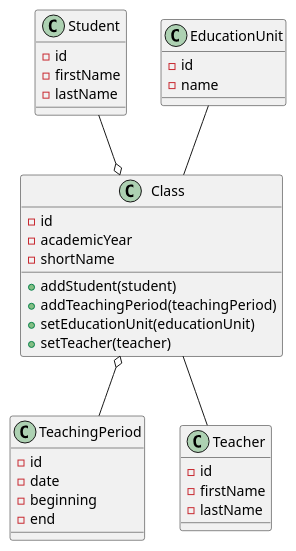
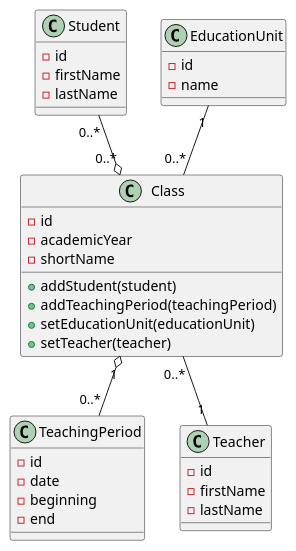
The diagram in uml_diagrams.puml (hassan-vn/MonProjetDemo), drawn with PlantUML before and after one commit.

Commit message:
Add cardinalities on UML class diagram.

```diff
--- a/uml_diagrams.puml
+++ b/uml_diagrams.puml
@@ -1,41 +1,41 @@
 @startuml class_diagram
 class Student {
     -id
     -firstName
     -lastName
 }
 
 class Class {
     -id
     -academicYear
     -shortName
     +addStudent(student)
     +addTeachingPeriod(teachingPeriod)
     +setEducationUnit(educationUnit)
     +setTeacher(teacher)
 }
 
 class TeachingPeriod {
     -id
     -date
     -beginning
     -end
 }
 
 class EducationUnit {
     -id
     -name
 }
 
 class Teacher {
     -id
     -firstName
     -lastName
 }
 
-Student --o Class
-Class -- Teacher
-EducationUnit -- Class
-Class o-- TeachingPeriod
+Student "0..*" --o "0..*" Class
+Class "0..*" -- "1" Teacher
+EducationUnit "1" -- "0..*" Class
+Class "1" o-- "0..*" TeachingPeriod
 
 @enduml
```
